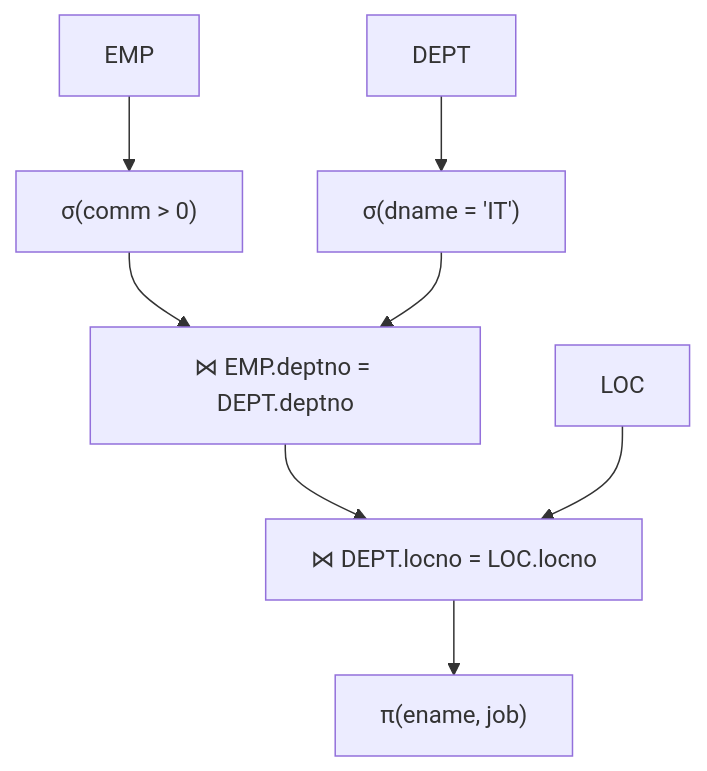
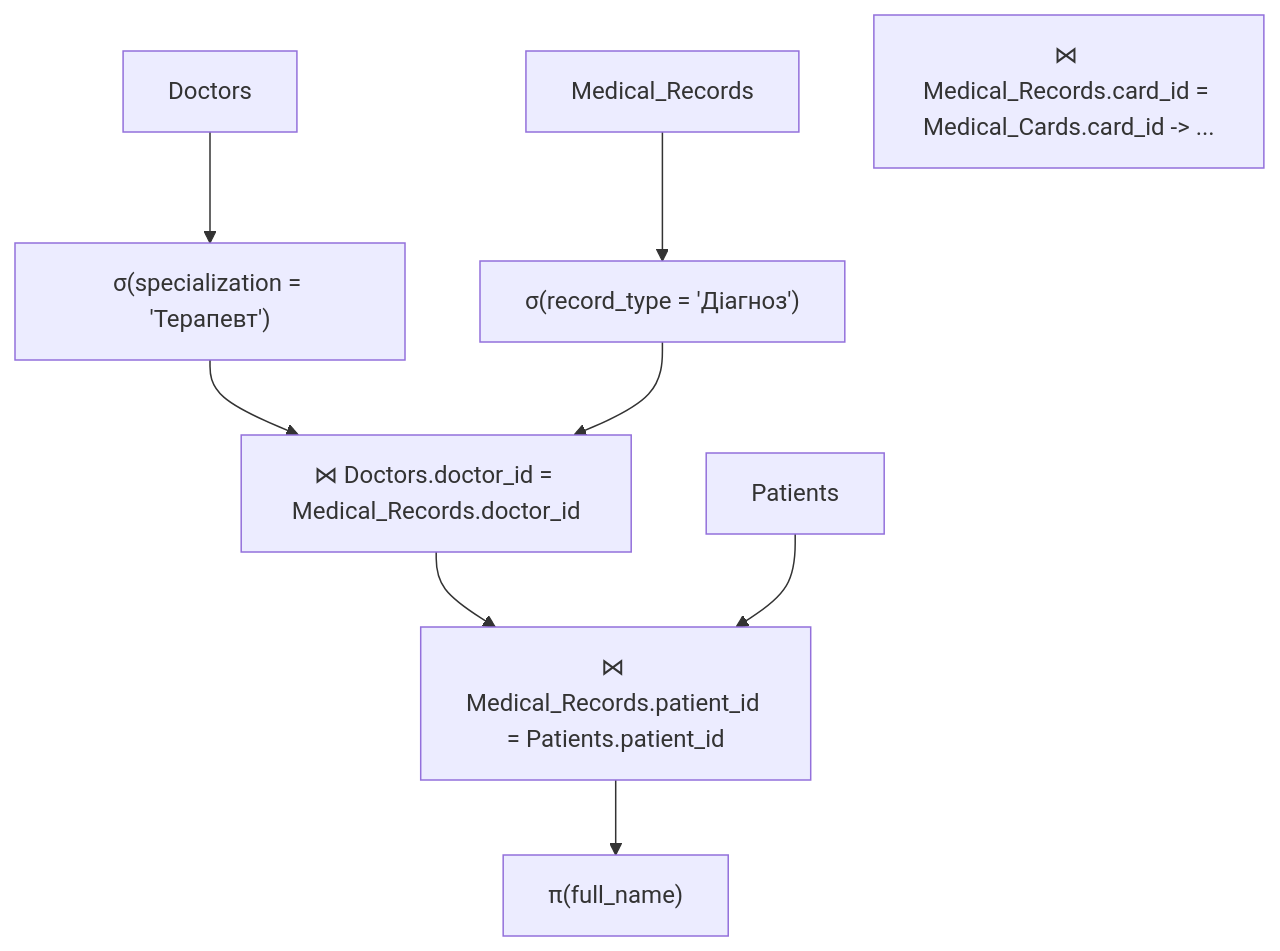
The diagram in DB-CW-3/RelTree.md (maksimsq/test-sw), drawn with Mermaid before and after one commit.

````diff
--- a/DB-CW-3/RelTree.md
+++ b/DB-CW-3/RelTree.md
@@ -1,30 +1,33 @@
 ```mermaid
 graph TD
-  %% джерела
-  EMP[EMP]
-  DEPT[DEPT]
-  LOC[LOC]
+    %% Джерела (таблиці з вашої БД)
+    Patients[Patients]
+    Doctors[Doctors]
+    Medical_Records[Medical_Records]
 
-  %% селекції
-  S1["&sigma;(comm > 0)"]
-  S2["&sigma;(dname = 'IT')"]
+    %% Операції вибірки (фільтрації)
+    S1["&sigma;(specialization = 'Терапевт')"]
+    S2["&sigma;(record_type = 'Діагноз')"]
 
-  %% з'єднання
-  J1["&bowtie; EMP.deptno = DEPT.deptno"]
-  J2["&bowtie; DEPT.locno = LOC.locno"]
+    %% Операції з'єднання
+    J1["&bowtie; Doctors.doctor_id = Medical_Records.doctor_id"]
+    J2["&bowtie; Medical_Records.card_id = Medical_Cards.card_id -> ..."]
+    %% Припустимо, що Medical_Records має patient_id для спрощення
+    J_final["&bowtie; Medical_Records.patient_id = Patients.patient_id"]
 
-  %% проекція
-  P["&pi;(ename, job)"]
 
-  %% Потік операцій
-  EMP --> S1
-  DEPT --> S2
+    %% Операція проекції (вибір стовпців)
+    P["&pi;(full_name)"]
 
-  S1 --> J1
-  S2 --> J1
+    %% Потік операцій
+    Doctors --> S1
+    Medical_Records --> S2
+    
+    S1 --> J1
+    S2 --> J1
 
-  J1 --> J2
-  LOC --> J2
+    J1 --> J_final
+    Patients --> J_final
 
-  J2 --> P
+    J_final --> P
 ```
````
